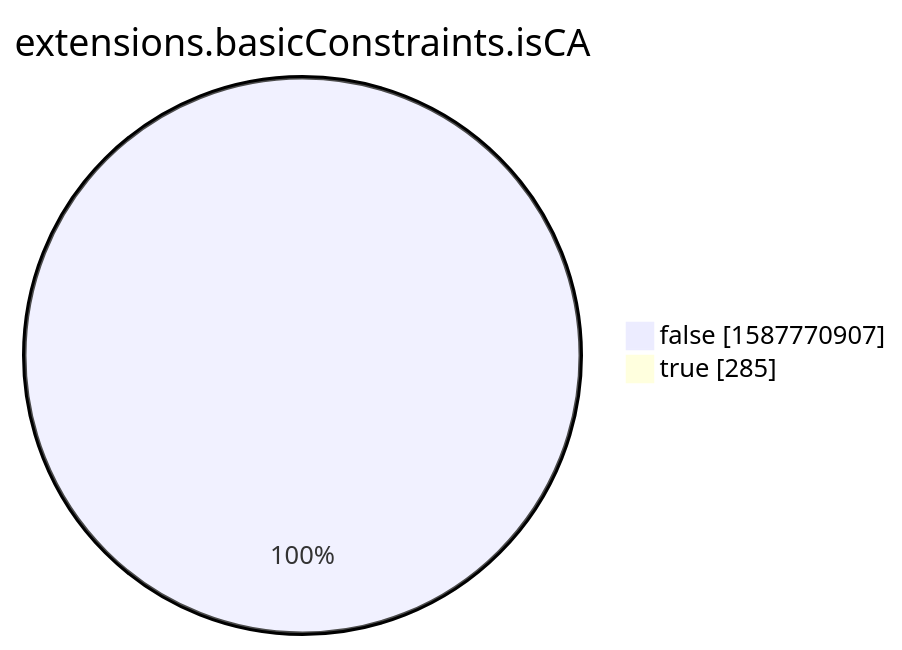
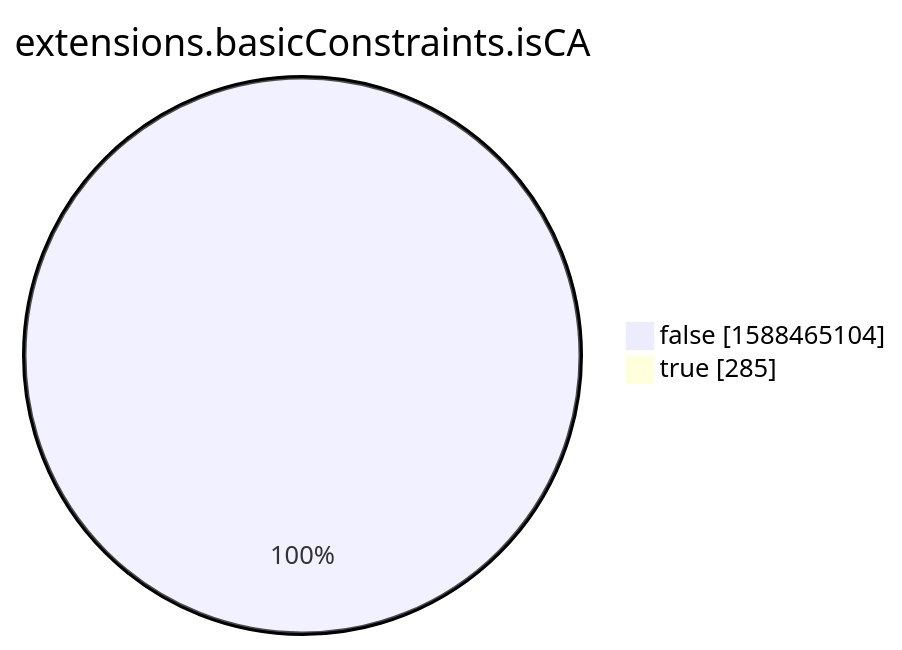
One commit to christiankrug/ctmonitor_visualization changed the eighth of 15 diagrams in xenon2022/README.md. Above: the diagram before and after it, drawn with Mermaid. The commit also changed other lines of this file, not shown here.

````diff
--- a/xenon2022/README.md
+++ b/xenon2022/README.md
@@ -2862,6 +2862,6 @@
 ```mermaid
 pie showData
 title extensions.basicConstraints.isCA
-"false" :1587770907
+"false" :1588465104
 "true" :285
 ```
````
